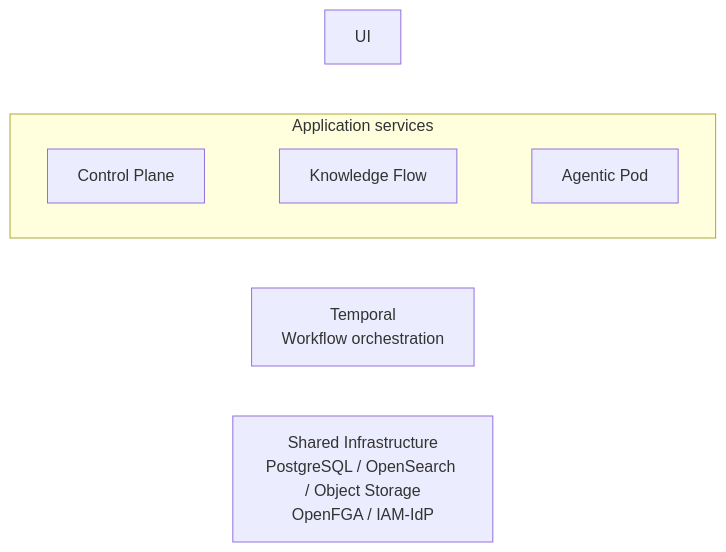
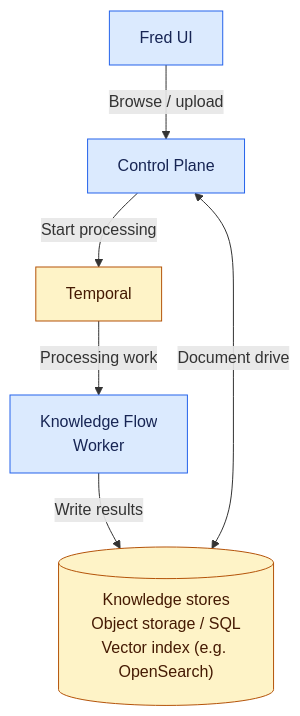
The second of 2 diagrams in docs/architecture/01-system-overview.md (ThalesGroup/fred), drawn with Mermaid before and after one commit. The commit also changed other lines of this file and 32 other files, not shown here.

Commit message:
docs: simplify Weaver architecture and define editorial scope

````diff
--- a/docs/architecture/01-system-overview.md
+++ b/docs/architecture/01-system-overview.md
@@ -3,19 +24,13 @@
 ```mermaid
 flowchart TB
-    ui["UI"]
+    ui["Fred UI"] -->|"Browse / upload"| cp["Control Plane"]
+    cp -->|"Start processing"| temporal["Temporal"]
+    temporal -->|"Processing work"| kf["Knowledge Flow<br/>Worker"]
+    kf -->|"Write results"| stores[("Knowledge stores<br/>Object storage / SQL<br/>Vector index (e.g. OpenSearch)")]
+    cp <-->|"Document drive"| stores
 
-    subgraph services["Application services"]
-        direction LR
-        cp["Control Plane"]
-        kf["Knowledge Flow"]
-        ap["Agentic Pod"]
-        cp ~~~ kf ~~~ ap
-    end
-
-    temporal["Temporal<br/>Workflow orchestration"]
-    infra["Shared Infrastructure<br/>PostgreSQL / OpenSearch / Object Storage<br/>OpenFGA / IAM-IdP"]
-
-    ui ~~~ services
-    services ~~~ temporal
-    temporal ~~~ infra
+    classDef fred fill:#DBEAFE,stroke:#2563EB,color:#172554
+    classDef cots fill:#FEF3C7,stroke:#B45309,color:#451A03
+    class ui,cp,kf fred
+    class temporal,stores cots
 ```
````
